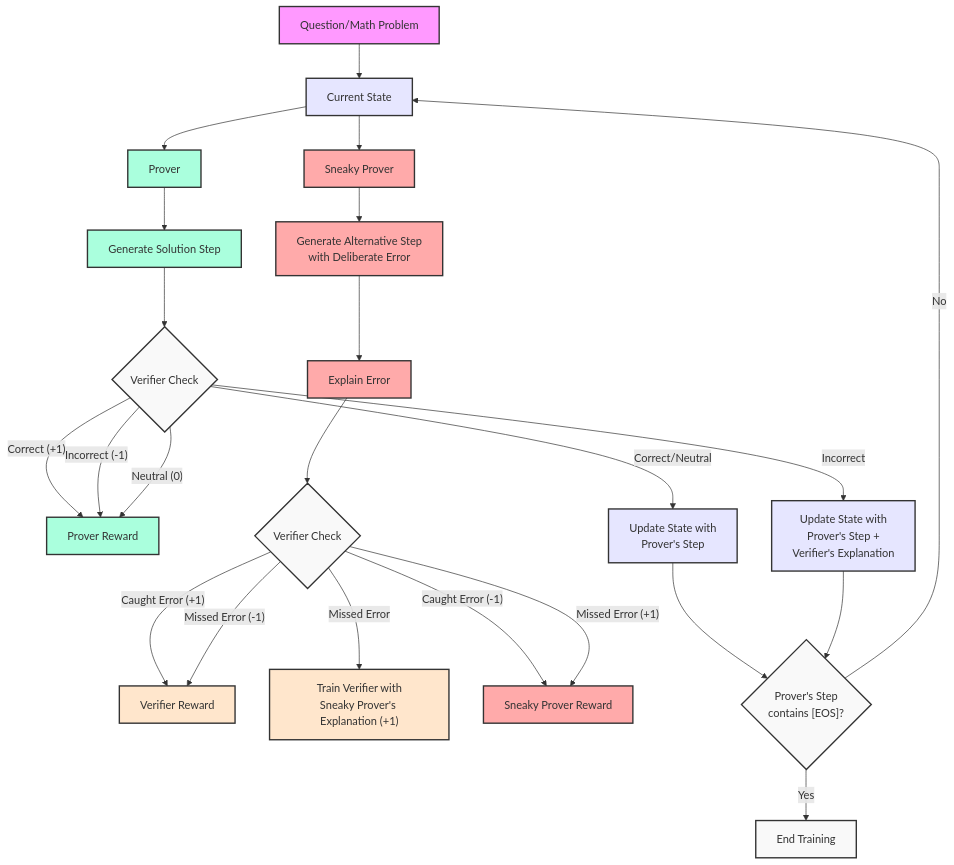
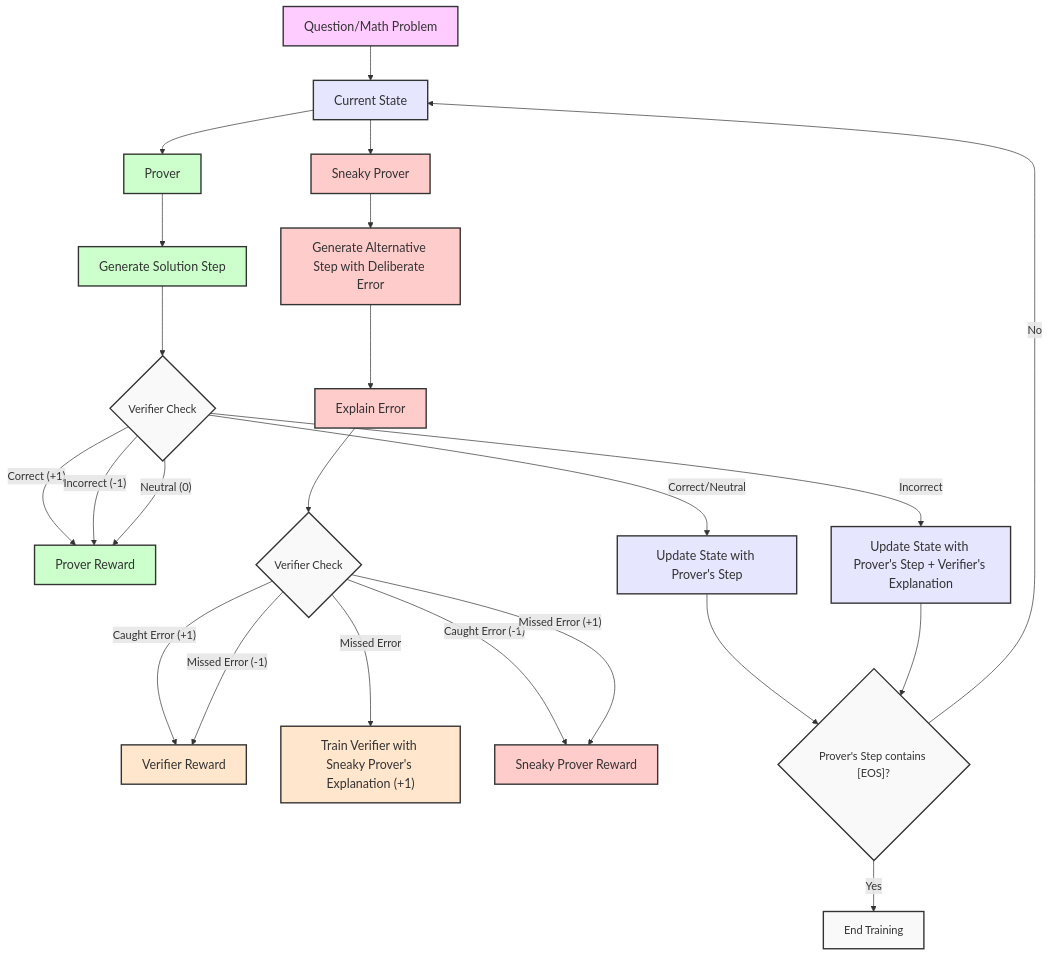
One commit to SprykAI/selfplay-reasoning changed the diagram in README.md. Above: the diagram before and after it, drawn with Mermaid.

````diff
--- a/README.md
+++ b/README.md
@@ -16,50 +16,51 @@
 ```mermaid
 flowchart TD
     Q["Question/Math Problem"] --> CS["Current State"]
     
     CS --> P["Prover"]
     CS --> SP["Sneaky Prover"]
     
     %% Regular Prover Path
     P --> PS["Generate Solution Step"]
     PS --> PV{"Verifier Check"}
     PV -->|"Correct (+1)"| PR["Prover Reward"]
     PV -->|"Incorrect (-1)"| PR
     PV -->|"Neutral (0)"| PR
     
     %% State Update Logic
-    PV -->|"Correct/Neutral"| US1["Update State with\nProver's Step"]
-    PV -->|"Incorrect"| US2["Update State with\nProver's Step +\nVerifier's Explanation"]
+    PV -->|"Correct/Neutral"| US1["Update State with Prover's Step"]
+    PV -->|"Incorrect"| US2["Update State with Prover's Step + Verifier's Explanation"]
     
     %% Sneaky Prover Path
-    SP --> SS["Generate Alternative Step\nwith Deliberate Error"]
+    SP --> SS["Generate Alternative Step with Deliberate Error"]
     SS --> SE["Explain Error"]
     SE --> SV{"Verifier Check"}
     
     %% Verifier Training Paths
     SV -->|"Caught Error (+1)"| VR["Verifier Reward"]
     SV -->|"Missed Error (-1)"| VR
-    SV -->|"Missed Error"| VT["Train Verifier with\nSneaky Prover's Explanation (+1)"]
+    SV -->|"Missed Error"| VT["Train Verifier with Sneaky Prover's Explanation (+1)"]
     
     %% Sneaky Rewards
     SV -->|"Caught Error (-1)"| SR["Sneaky Prover Reward"]
     SV -->|"Missed Error (+1)"| SR
     
     %% Continue or End
-    US1 & US2 --> CO{"Prover's Step\ncontains [EOS]?"}
+    US1 & US2 --> CO{"Prover's Step contains [EOS]?"}
     CO -->|"No"| CS
     CO -->|"Yes"| End["End Training"]
     
-    classDef default fill:#f9f9f9,stroke:#333,stroke-width:2px
-    classDef question fill:#f9f,stroke:#333,stroke-width:2px
-    classDef prover fill:#afd,stroke:#333,stroke-width:2px
-    classDef sneaky fill:#faa,stroke:#333,stroke-width:2px
-    classDef state fill:#e6e6ff,stroke:#333,stroke-width:2px
-    classDef verifier fill:#ffe6cc,stroke:#333,stroke-width:2px
+    %% Custom CSS for Better Readability
+    classDef default fill:#f9f9f9,stroke:#333,stroke-width:2px,font-size:16px
+    classDef question fill:#ffccff,stroke:#333,stroke-width:2px,font-size:18px
+    classDef prover fill:#ccffcc,stroke:#333,stroke-width:2px,font-size:18px
+    classDef sneaky fill:#ffcccc,stroke:#333,stroke-width:2px,font-size:18px
+    classDef state fill:#e6e6ff,stroke:#333,stroke-width:2px,font-size:18px
+    classDef verifier fill:#ffe6cc,stroke:#333,stroke-width:2px,font-size:18px
     
     class Q question
     class P,PS,PR prover
     class SP,SS,SE,SR sneaky
     class CS,US1,US2 state
     class VR,VT verifier
 ```
````
